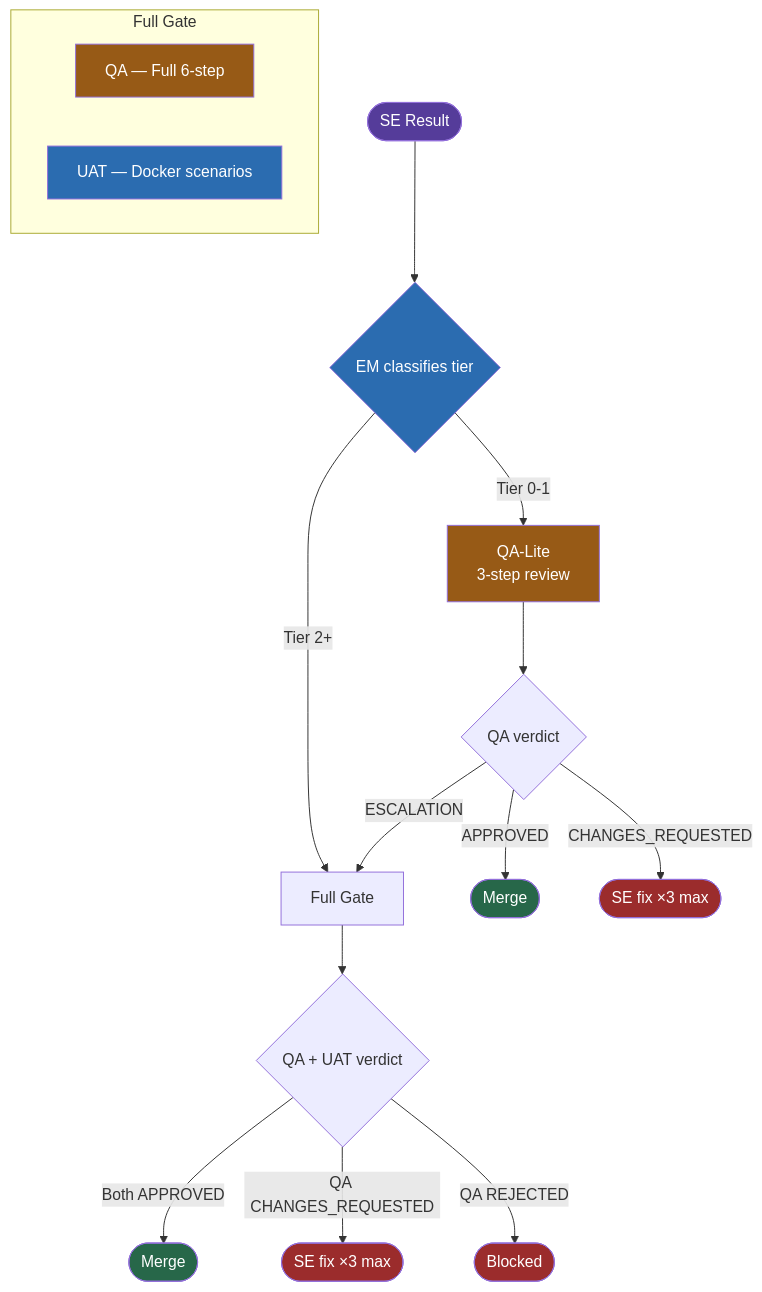
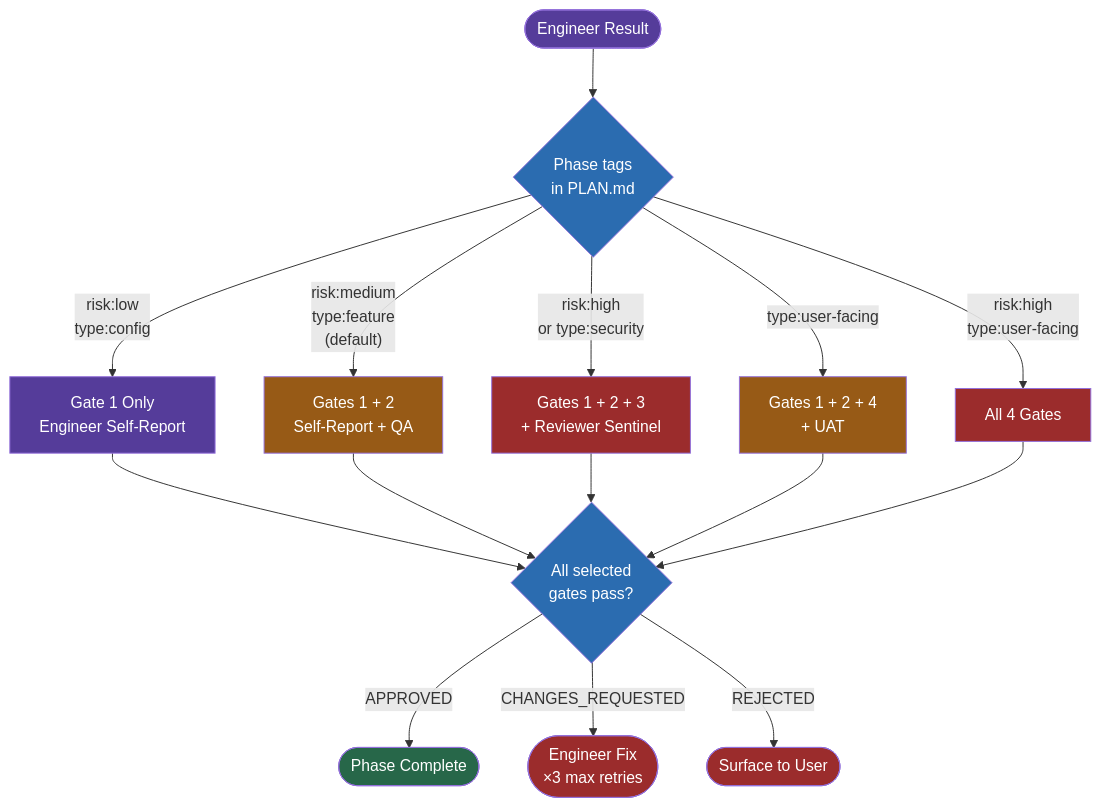
Before and after one commit to rfxn/rdf: the fifth of 10 diagrams in reference/diagrams.md, drawn with Mermaid. The commit also changed other lines of this file and 3 other files, not shown here.

First line of the commit message:
Update all documentation and diagrams for RDF 3.0

````diff
--- a/reference/diagrams.md
+++ b/reference/diagrams.md
@@ -223,35 +214,34 @@
 ```mermaid
 flowchart TD
-    SE([SE Result]) --> Classify{EM classifies tier}
+    Engineer([Engineer Result]) --> Tags{Phase tags\nin PLAN.md}
 
-    Classify -->|Tier 0-1| Lite[QA-Lite\n3-step review]
-    Classify -->|Tier 2+| Full[Full Gate]
+    Tags -->|"risk:low\ntype:config"| G1Only[Gate 1 Only\nEngineer Self-Report]
+    Tags -->|"risk:medium\ntype:feature\n(default)"| G1G2[Gates 1 + 2\nSelf-Report + QA]
+    Tags -->|"risk:high\nor type:security"| G1G2G3[Gates 1 + 2 + 3\n+ Reviewer Sentinel]
+    Tags -->|"type:user-facing"| G1G2G4[Gates 1 + 2 + 4\n+ UAT]
+    Tags -->|"risk:high\ntype:user-facing"| AllGates[All 4 Gates]
 
-    subgraph Full Gate
-        direction LR
-        QAFull[QA — Full 6-step]
-        UATFull[UAT — Docker scenarios]
-    end
+    G1Only --> Decide
+    G1G2 --> Decide
+    G1G2G3 --> Decide
+    G1G2G4 --> Decide
+    AllGates --> Decide
 
-    Lite --> LiteDecision{QA verdict}
-    Full --> FullDecision{QA + UAT verdict}
+    Decide{All selected\ngates pass?}
 
-    LiteDecision -->|APPROVED| MergeLite([Merge])
-    LiteDecision -->|CHANGES_REQUESTED| FixLite([SE fix ×3 max])
-    LiteDecision -->|ESCALATION| Full
+    Decide -->|APPROVED| Merge([Phase Complete])
+    Decide -->|CHANGES_REQUESTED| Fix([Engineer Fix\n×3 max retries])
+    Decide -->|REJECTED| Blocked([Surface to User])
 
-    FullDecision -->|Both APPROVED| MergeFull([Merge])
-    FullDecision -->|QA CHANGES_REQUESTED| FixFull([SE fix ×3 max])
-    FullDecision -->|QA REJECTED| Blocked([Blocked])
-
-    style SE fill:#553c9a,color:#fff
-    style Classify fill:#2b6cb0,color:#fff
-    style Lite fill:#975a16,color:#fff
-    style QAFull fill:#975a16,color:#fff
-    style UATFull fill:#2b6cb0,color:#fff
-    style MergeLite fill:#276749,color:#fff
-    style MergeFull fill:#276749,color:#fff
-    style FixLite fill:#9b2c2c,color:#fff
-    style FixFull fill:#9b2c2c,color:#fff
+    style Engineer fill:#553c9a,color:#fff
+    style Tags fill:#2b6cb0,color:#fff
+    style G1Only fill:#553c9a,color:#fff
+    style G1G2 fill:#975a16,color:#fff
+    style G1G2G3 fill:#9b2c2c,color:#fff
+    style G1G2G4 fill:#975a16,color:#fff
+    style AllGates fill:#9b2c2c,color:#fff
+    style Merge fill:#276749,color:#fff
+    style Fix fill:#9b2c2c,color:#fff
     style Blocked fill:#9b2c2c,color:#fff
+    style Decide fill:#2b6cb0,color:#fff
 ```
````
